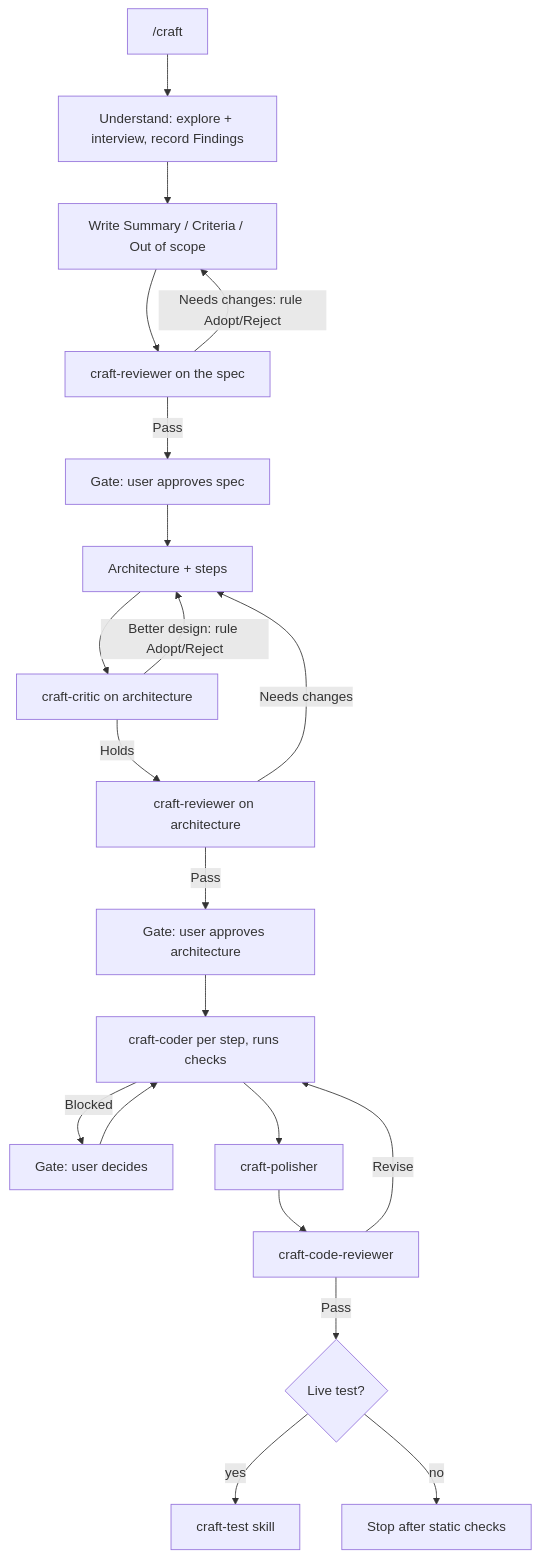
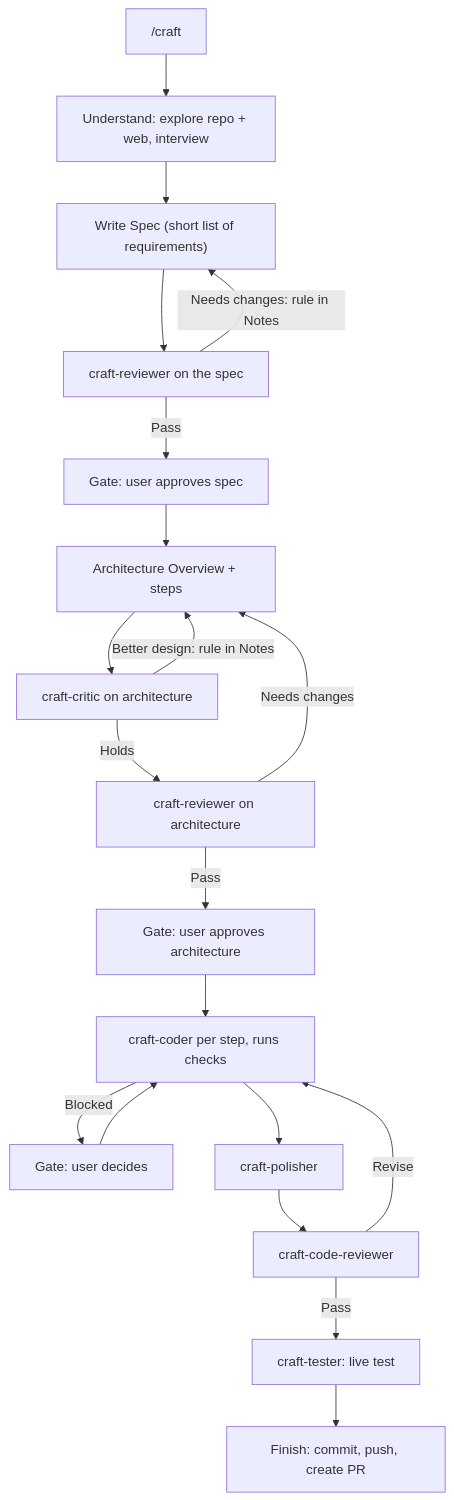
Before and after one commit to AidenHadisi/craft: the diagram in README.md, drawn with Mermaid. The commit also changed other lines of this file and 6 other files, not shown here.

Commit message:
refactor(craft): simplify spec, plan, and workflow

````diff
--- a/README.md
+++ b/README.md
@@ -35,23 +35,22 @@
 ```mermaid
 flowchart TD
-    start["/craft"] --> understand["Understand: explore + interview, record Findings"]
-    understand --> spec["Write Summary / Criteria / Out of scope"]
+    start["/craft"] --> understand["Understand: explore repo + web, interview"]
+    understand --> spec["Write Spec (short list of requirements)"]
     spec --> specReview["craft-reviewer on the spec"]
-    specReview -->|"Needs changes: rule Adopt/Reject"| spec
+    specReview -->|"Needs changes: rule in Notes"| spec
     specReview -->|Pass| specGate["Gate: user approves spec"]
-    specGate --> arch["Architecture + steps"]
+    specGate --> arch["Architecture Overview + steps"]
     arch --> archCritic["craft-critic on architecture"]
-    archCritic -->|"Better design: rule Adopt/Reject"| arch
+    archCritic -->|"Better design: rule in Notes"| arch
     archCritic -->|Holds| archReview["craft-reviewer on architecture"]
     archReview -->|"Needs changes"| arch
     archReview -->|Pass| archGate["Gate: user approves architecture"]
     archGate --> coder["craft-coder per step, runs checks"]
     coder -->|Blocked| unblock["Gate: user decides"]
     unblock --> coder
     coder --> polish["craft-polisher"]
     polish --> codeReview["craft-code-reviewer"]
     codeReview -->|Revise| coder
-    codeReview -->|Pass| live{"Live test?"}
-    live -->|yes| test["craft-test skill"]
-    live -->|no| stop["Stop after static checks"]
+    codeReview -->|Pass| test["craft-tester: live test"]
+    test --> finish["Finish: commit, push, create PR"]
 ```
````
